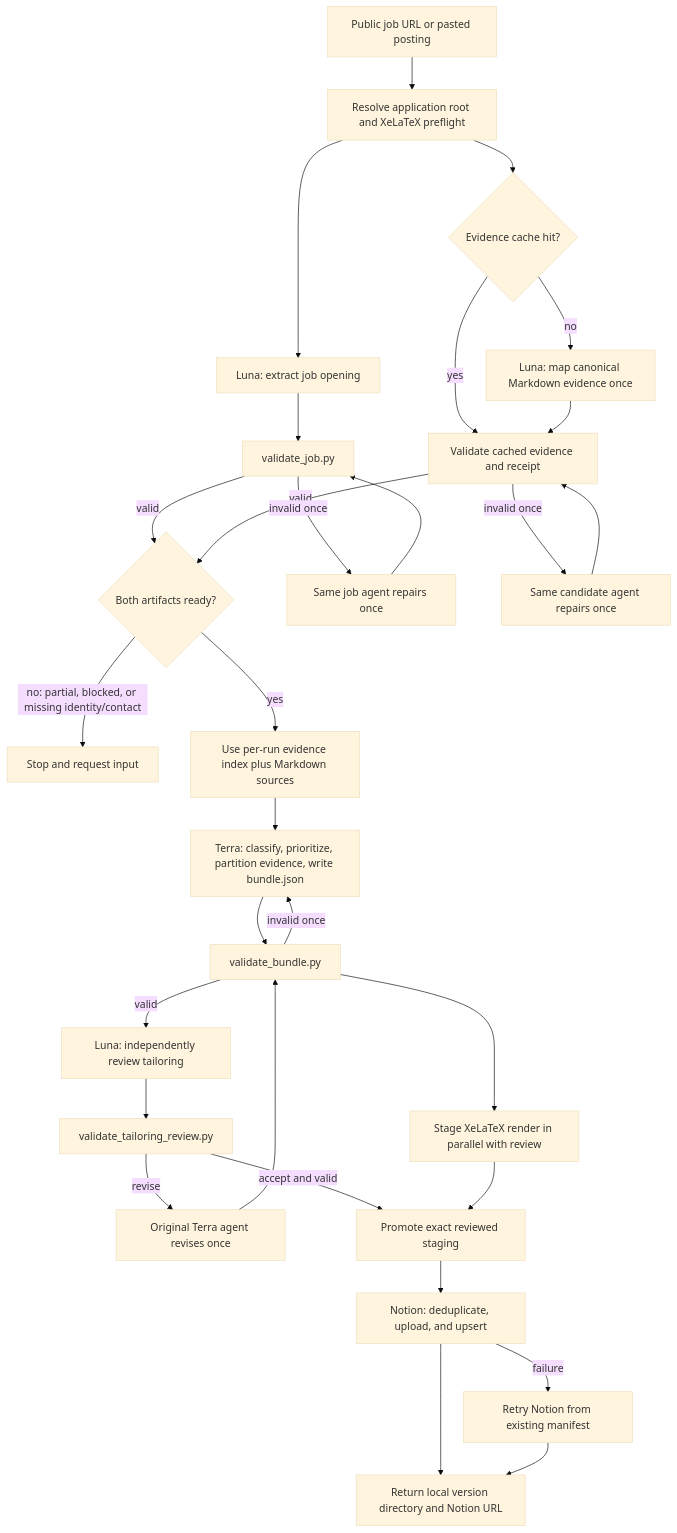
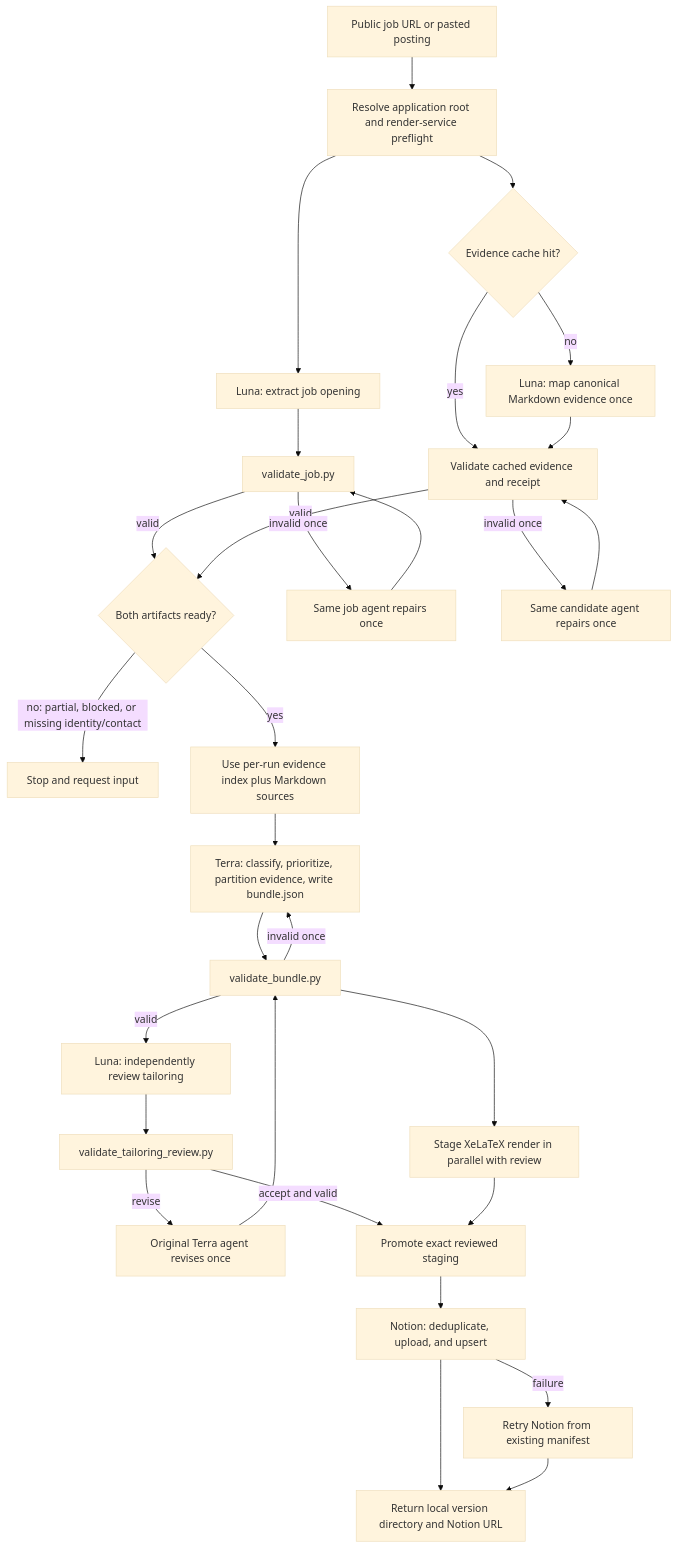
The diagram in docs/job-application-workflow.md (DDFaller/job-application-agents), drawn with Mermaid (base theme) before and after one commit. The commit also changed other lines of this file and 206 other files, not shown here.

````diff
--- a/docs/job-application-workflow.md
+++ b/docs/job-application-workflow.md
@@ -36,32 +42,32 @@
 ```mermaid
 flowchart TD
-    A[Public job URL or pasted posting] --> B[Resolve application root and XeLaTeX preflight]
+    A[Public job URL or pasted posting] --> B[Resolve application root and render-service preflight]
     B --> C1[Luna: extract job opening]
     B --> C2{Evidence cache hit?}
     C2 -->|no| C3[Luna: map canonical Markdown evidence once]
     C2 -->|yes| D2[Validate cached evidence and receipt]
     C3 --> D2
     C1 --> D1[validate_job.py]
     D1 -->|valid| E{Both artifacts ready?}
     D2 -->|valid| E
     D1 -->|invalid once| R1[Same job agent repairs once]
     D2 -->|invalid once| R2[Same candidate agent repairs once]
     R1 --> D1
     R2 --> D2
     E -->|no: partial, blocked, or missing identity/contact| X[Stop and request input]
     E -->|yes| F[Use per-run evidence index plus Markdown sources]
     F --> G[Terra: classify, prioritize, partition evidence, write bundle.json]
     G --> H[validate_bundle.py]
     H -->|invalid once| G
     H -->|valid| I[Luna: independently review tailoring]
     I --> J[validate_tailoring_review.py]
     H --> L[Stage XeLaTeX render in parallel with review]
     J -->|revise| K[Original Terra agent revises once]
     K --> H
     J -->|accept and valid| M[Promote exact reviewed staging]
     L --> M
     M --> O[Notion: deduplicate, upload, and upsert]
     O --> P[Return local version directory and Notion URL]
     O -->|failure| Q[Retry Notion from existing manifest]
     Q --> P
 ```
````
